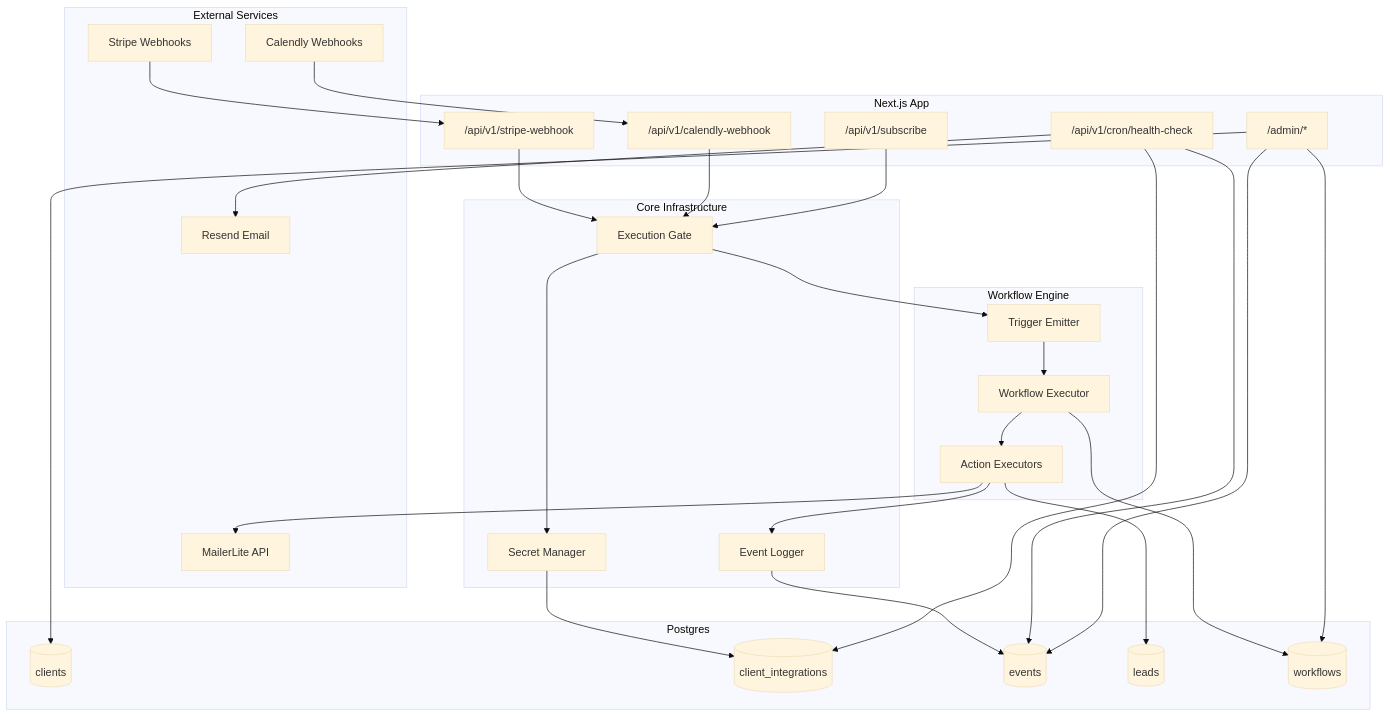
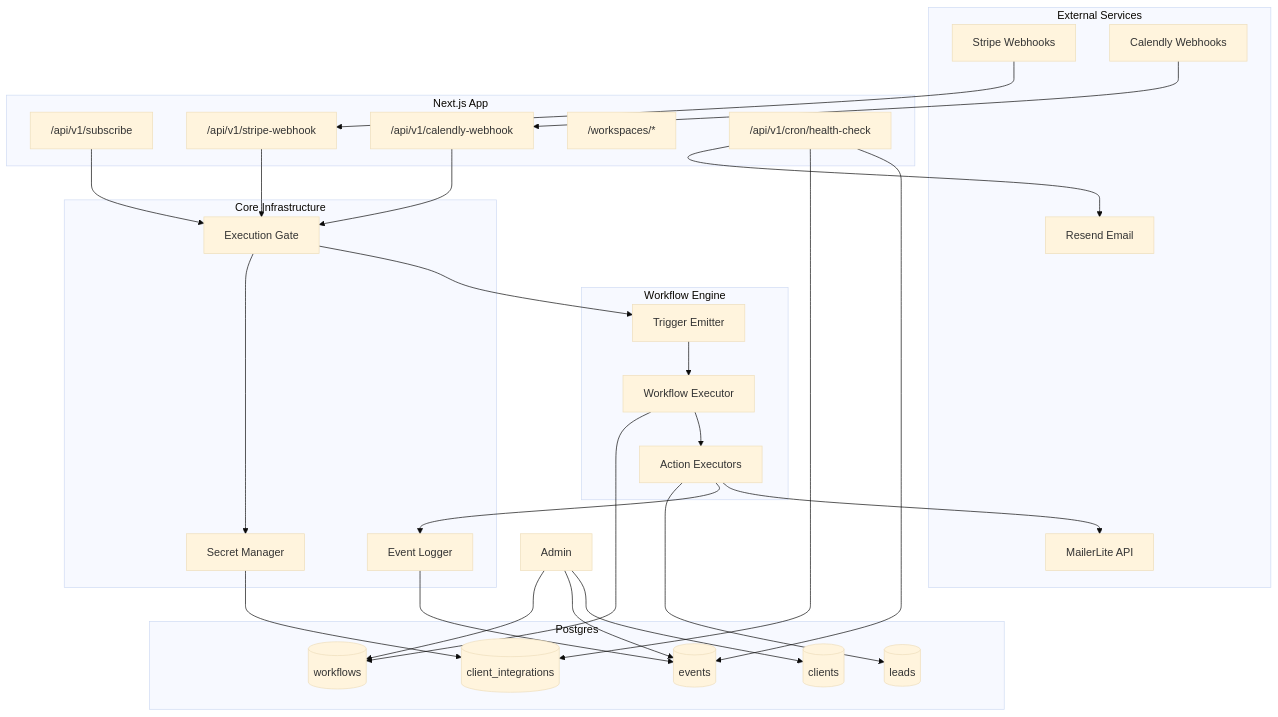
The diagram in docs/ARCHITECTURE.md (sammrosen/revline), drawn with Mermaid (base theme) before and after one commit. The commit also changed other lines of this file and 180 other files, not shown here.

````diff
--- a/docs/ARCHITECTURE.md
+++ b/docs/ARCHITECTURE.md
@@ -9,59 +9,59 @@
 ```mermaid
 flowchart TB
     subgraph external [External Services]
         Stripe[Stripe Webhooks]
         Calendly[Calendly Webhooks]
         ML[MailerLite API]
         Resend[Resend Email]
     end
 
     subgraph app [Next.js App]
         Subscribe["/api/v1/subscribe"]
         StripeWH["/api/v1/stripe-webhook"]
         CalendlyWH["/api/v1/calendly-webhook"]
-        Admin["/admin/*"]
+        Dashboard["/workspaces/*"]
         Cron["/api/v1/cron/health-check"]
     end
 
     subgraph workflow [Workflow Engine]
         Trigger[Trigger Emitter]
         Engine[Workflow Executor]
         Executors[Action Executors]
     end
 
     subgraph core [Core Infrastructure]
         ClientGate[Execution Gate]
         SecretMgr[Secret Manager]
         EventLog[Event Logger]
     end
 
     subgraph data [Postgres]
         Clients[(clients)]
         Integrations[(client_integrations)]
         Events[(events)]
         Leads[(leads)]
         Workflows[(workflows)]
     end
 
     Stripe --> StripeWH
     Calendly --> CalendlyWH
     StripeWH --> ClientGate
     CalendlyWH --> ClientGate
     Subscribe --> ClientGate
     ClientGate --> Trigger
     Trigger --> Engine
     Engine --> Executors
     Executors --> ML
     Executors --> EventLog
     Executors --> Leads
     Engine --> Workflows
     ClientGate --> SecretMgr
     SecretMgr --> Integrations
     EventLog --> Events
     Cron --> Events
     Cron --> Integrations
     Cron --> Resend
     Admin --> Clients
     Admin --> Events
     Admin --> Workflows
 ```
````
